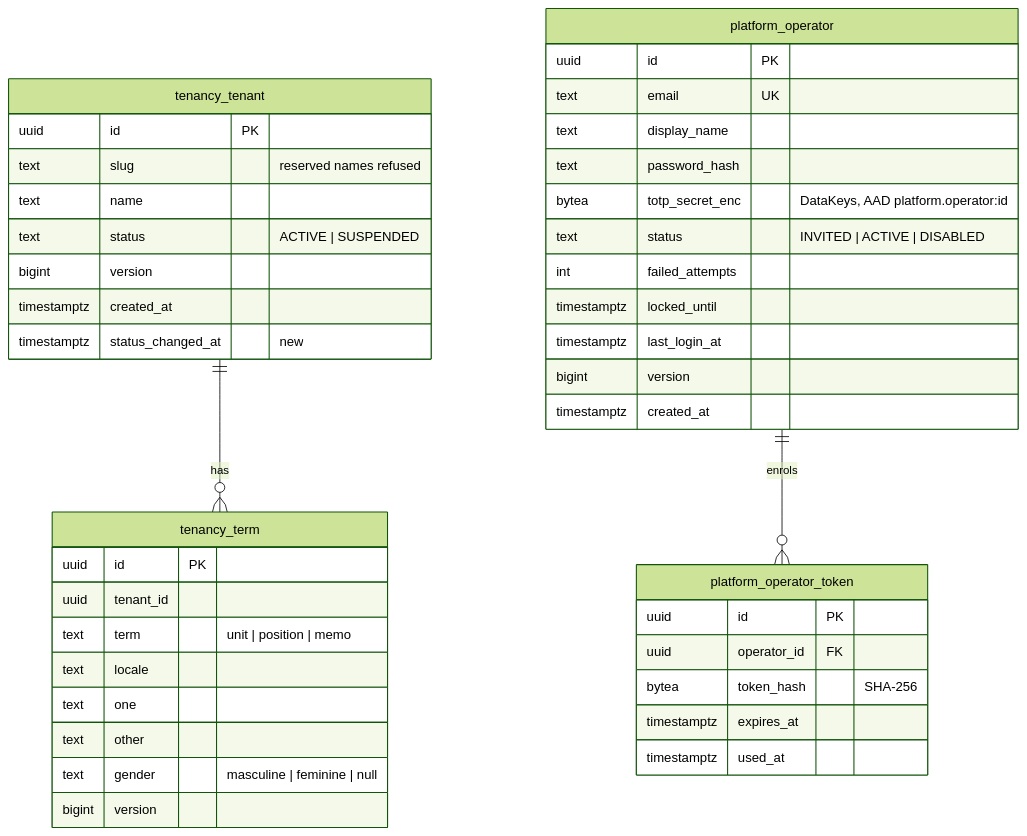
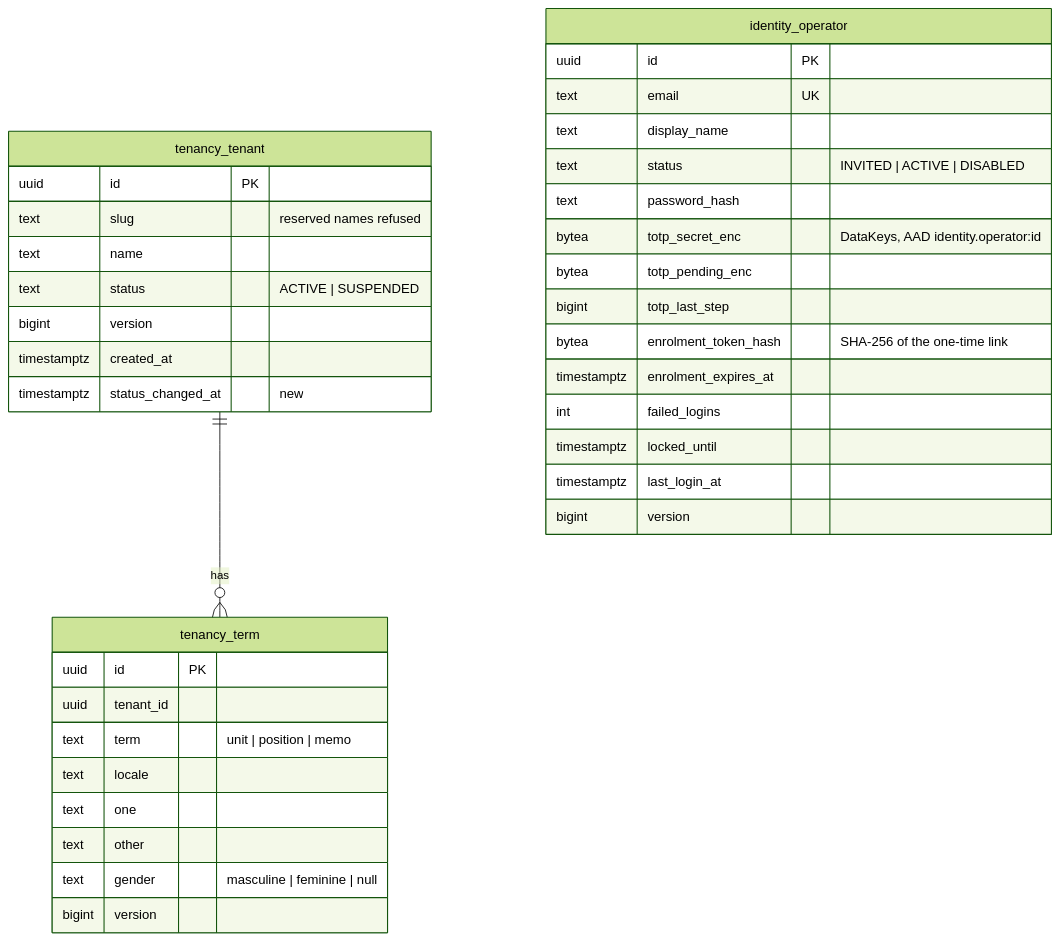
One commit to nazihar/memo-revamp changed the second of 3 diagrams in docs/plan/phase-1a-minimum-core/epic-07-tenant-admin/design.md. Above: the diagram before and after it, drawn with Mermaid (forest theme). The commit also changed other lines of this file and 44 other files, not shown here.

First line of the commit message:
feat(e07): platform operator accounts, sign-in and host separation (T1)

````diff
--- a/docs/plan/phase-1a-minimum-core/epic-07-tenant-admin/design.md
+++ b/docs/plan/phase-1a-minimum-core/epic-07-tenant-admin/design.md
@@ -30,44 +30,39 @@
 ```mermaid
 erDiagram
   tenancy_tenant {
     uuid id PK
     text slug "reserved names refused"
     text name
     text status "ACTIVE | SUSPENDED"
     bigint version
     timestamptz created_at
     timestamptz status_changed_at "new"
   }
-  platform_operator {
+  identity_operator {
     uuid id PK
     text email UK
     text display_name
+    text status "INVITED | ACTIVE | DISABLED"
     text password_hash
-    bytea totp_secret_enc "DataKeys, AAD platform.operator:id"
-    text status "INVITED | ACTIVE | DISABLED"
-    int failed_attempts
+    bytea totp_secret_enc "DataKeys, AAD identity.operator:id"
+    bytea totp_pending_enc
+    bigint totp_last_step
+    bytea enrolment_token_hash "SHA-256 of the one-time link"
+    timestamptz enrolment_expires_at
+    int failed_logins
     timestamptz locked_until
     timestamptz last_login_at
     bigint version
-    timestamptz created_at
-  }
-  platform_operator_token {
-    uuid id PK
-    uuid operator_id FK
-    bytea token_hash "SHA-256"
-    timestamptz expires_at
-    timestamptz used_at
   }
   tenancy_term {
     uuid id PK
     uuid tenant_id
     text term "unit | position | memo"
     text locale
     text one
     text other
     text gender "masculine | feminine | null"
     bigint version
   }
   tenancy_tenant ||--o{ tenancy_term : has
-  platform_operator ||--o{ platform_operator_token : enrols
 ```
````
